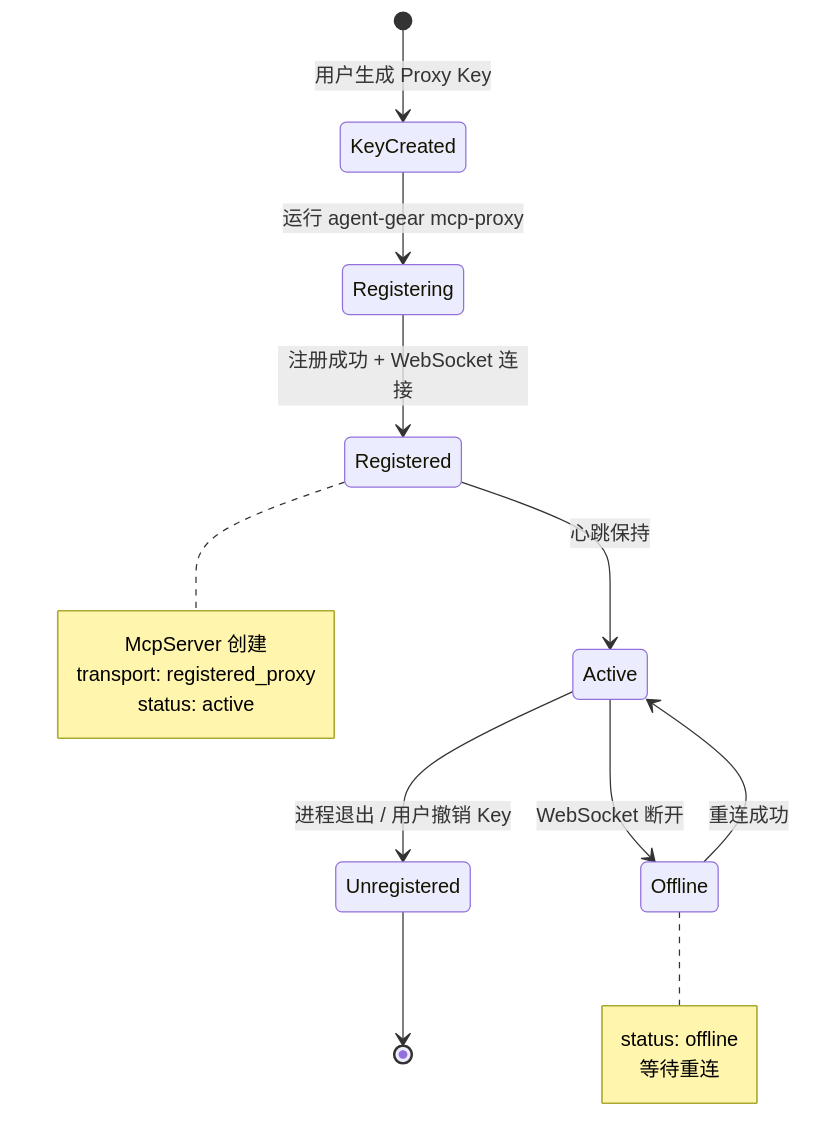
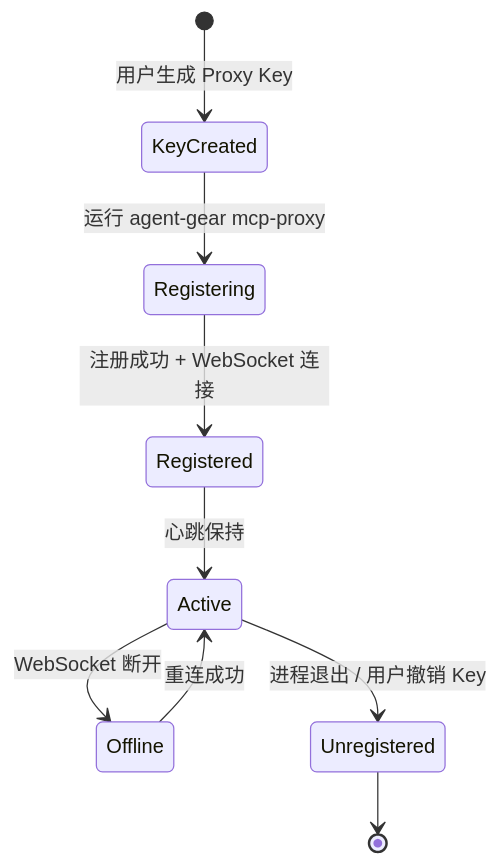
One commit to Deliay/z-agent-gear changed the fifth of 5 diagrams in docs/engineering/proposals/20260530-feat-mcp-proxy-config.md. Above: the diagram before and after it, drawn with Mermaid. The commit also changed other lines of this file, not shown here.

````diff
--- a/docs/engineering/proposals/20260530-feat-mcp-proxy-config.md
+++ b/docs/engineering/proposals/20260530-feat-mcp-proxy-config.md
@@ -746,22 +591,11 @@
 ```mermaid
 stateDiagram-v2
     [*] --> KeyCreated: 用户生成 Proxy Key
     KeyCreated --> Registering: 运行 agent-gear mcp-proxy
     Registering --> Registered: 注册成功 + WebSocket 连接
     Registered --> Active: 心跳保持
     Active --> Offline: WebSocket 断开
     Offline --> Active: 重连成功
     Active --> Unregistered: 进程退出 / 用户撤销 Key
     Unregistered --> [*]
-
-    note right of Registered
-        McpServer 创建
-        transport: registered_proxy
-        status: active
-    end note
-
-    note right of Offline
-        status: offline
-        等待重连
-    end note
 ```
````
